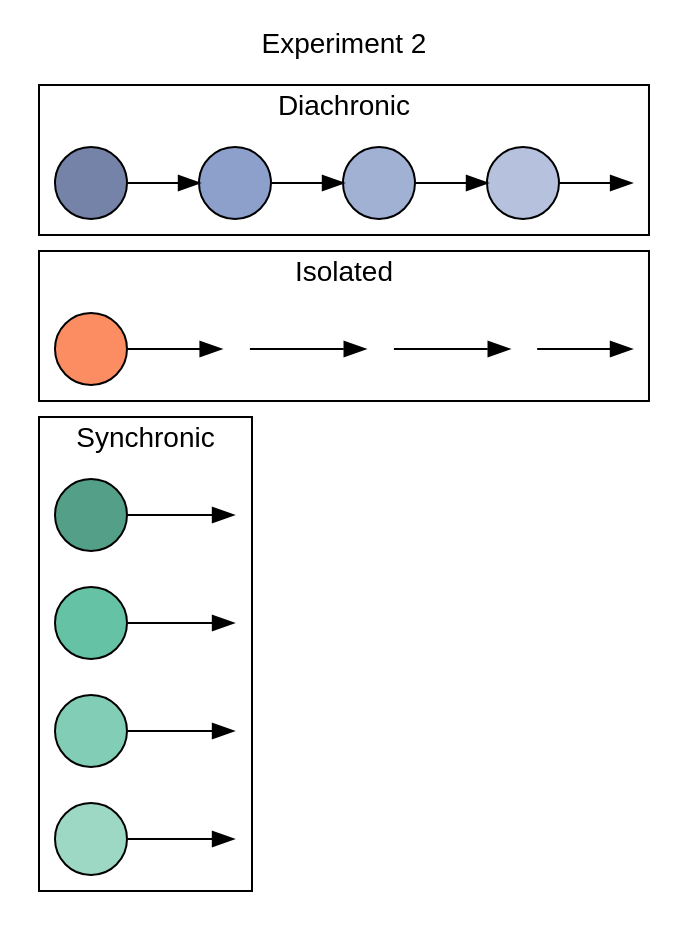
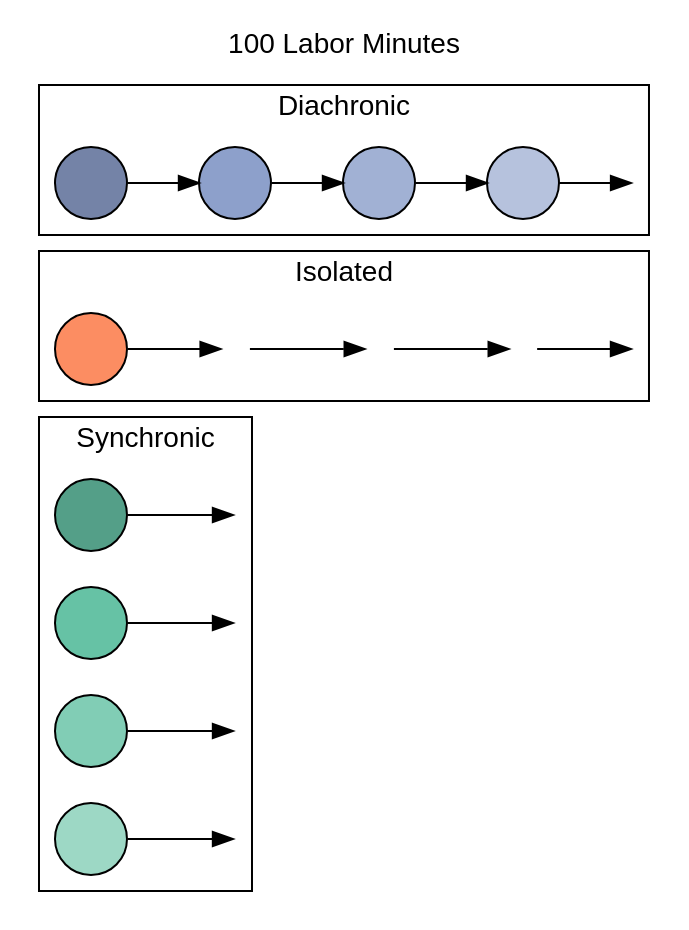
The diagram in inst/extdata/team-structures-exp2.gv (pedmiston/totems-data), drawn with Graphviz before and after one commit. The commit also changed 1 other file, not shown here.

Commit message:
Add multi session to exp1 fig, and rename based on labor minutes

```diff
--- a/inst/extdata/team-structures-exp2.gv
+++ b/inst/extdata/team-structures-exp2.gv
@@ -1,49 +1,49 @@
 digraph {
   rankdir=LR;
-  label="Experiment 2";
+  label="100 Labor Minutes";
   labelloc=t;
   fontname=helvetica;
   // bgcolor=transparent;
 
   node[fontname=helvetica; label=""; style=filled; shape=circle];
 
   // Set cluster order (top to bottom) by initializing
   // nodes in each cluster starting from bottom to top
   s4_1, solo_s1, d1;
 
   // Colors are people
   s4_1[fillcolor="#549F88"];
   s4_2[fillcolor="#66C2A5"];
   s4_3[fillcolor="#81CDB5"];
   s4_4[fillcolor="#9DD8C5"];
   d1[fillcolor="#7483A7"];
   d2[fillcolor="#8DA0CB"];
   d3[fillcolor="#A1B1D4"];
   d4[fillcolor="#B6C2DD"];
   solo_s1[fillcolor="#FC8D62"];
 
   // Invisible last nodes
   dinv1, soloinv2, s4inv1, s4inv2, s4inv3, s4inv4[style=invis, width=0];
 
   subgraph cluster1 {
     label="Diachronic";
     d1 -> d2 -> d3 -> d4 -> dinv1;
   }
 
   subgraph cluster2 {
     label="Isolated";
     solo_s1 -> solo_s2 -> solo_s3 -> solo_s4 -> soloinv2;
 
     solo_s2, solo_s3, solo_s4[style=invis, width=0.2];
   }
 
   subgraph cluster3 {
     label="Synchronic";
     rankdir=TB;
     s4_1 -> s4inv1;
     s4_2 -> s4inv2;
     s4_3 -> s4inv3;
     s4_4 -> s4inv4;
   }
 
 }
```
